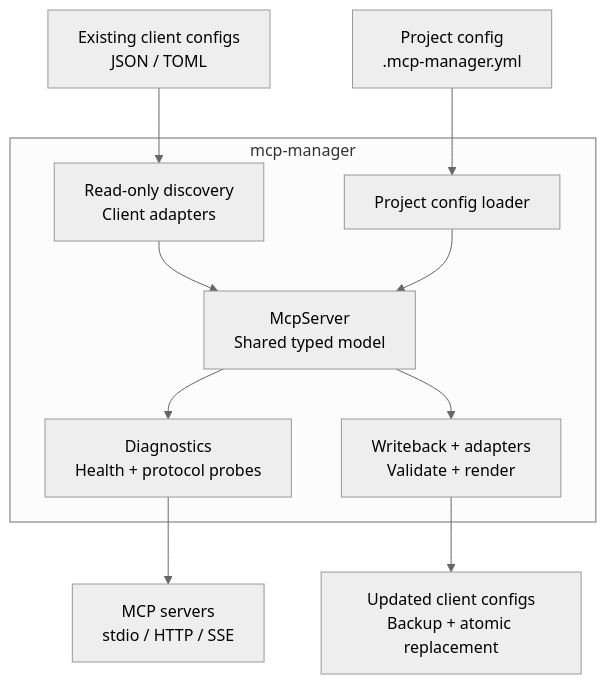
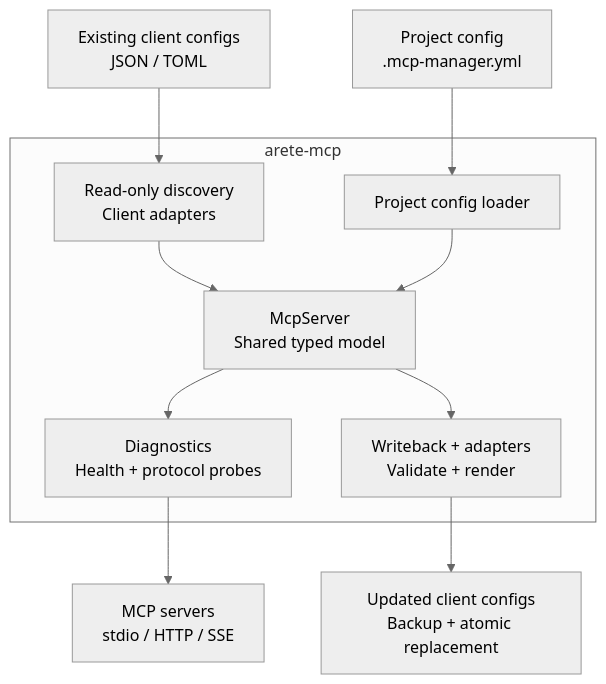
Before and after one commit to AreteDriver/mcp-manager: the diagram in README.md, drawn with Mermaid (neutral theme). The commit also changed other lines of this file and 47 other files, not shown here.

Commit message:
feat: adopt Arete MCP branding

````diff
--- a/README.md
+++ b/README.md
@@ -94,23 +99,23 @@
 ```mermaid
 flowchart TB
     clients["Existing client configs<br/>JSON / TOML"]
     project["Project config<br/>.mcp-manager.yml"]
 
-    subgraph manager["mcp-manager"]
+    subgraph manager["arete-mcp"]
         discovery["Read-only discovery<br/>Client adapters"]
         loader["Project config loader"]
         model["McpServer<br/>Shared typed model"]
         checks["Diagnostics<br/>Health + protocol probes"]
         writeback["Writeback + adapters<br/>Validate + render"]
 
         discovery --> model
         loader --> model
         model --> checks
         model --> writeback
     end
 
     clients --> discovery
     project --> loader
     checks --> servers["MCP servers<br/>stdio / HTTP / SSE"]
     writeback --> output["Updated client configs<br/>Backup + atomic replacement"]
 ```
````
